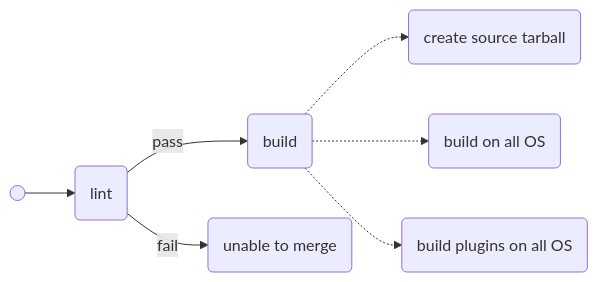
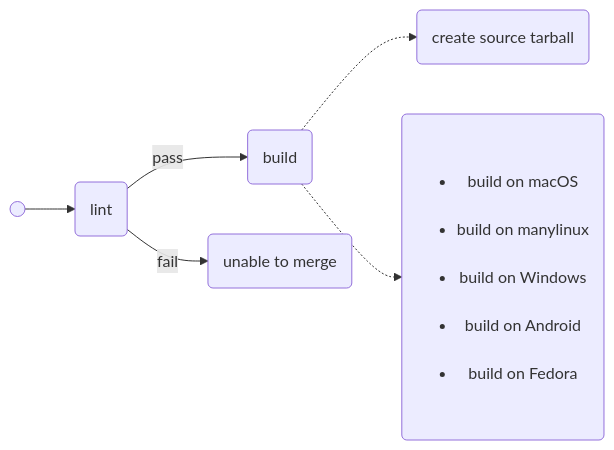
Before and after one commit to qdrvm/WasmEdge: the diagram in .github/workflows/README.md, drawn with Mermaid. The commit also changed other lines of this file and 1130 other files, not shown here.

````diff
--- a/.github/workflows/README.md
+++ b/.github/workflows/README.md
@@ -7,10 +6,15 @@
 ```mermaid
 flowchart LR
     %% _ is the starting point of everything
     _(( ))-->lint(lint)
     lint-->|pass|build(build)
     lint-->|fail|reject(unable to merge)
     build-.->source(create source tarball)
-    build-.->oss("build on all OS")
-    build-.->ext("build plugins on all OS")
+    build-.->oss("<ul>
+      <li>build on macOS</li>
+      <li>build on manylinux</li>
+      <li>build on Windows</li>
+      <li>build on Android</li>
+      <li>build on Fedora</li>
+    </ul>")
 ```
````
